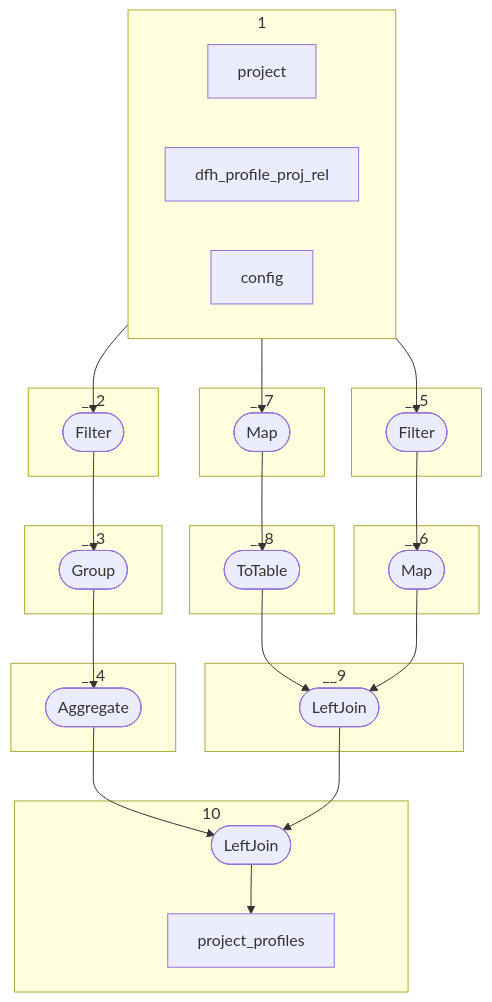
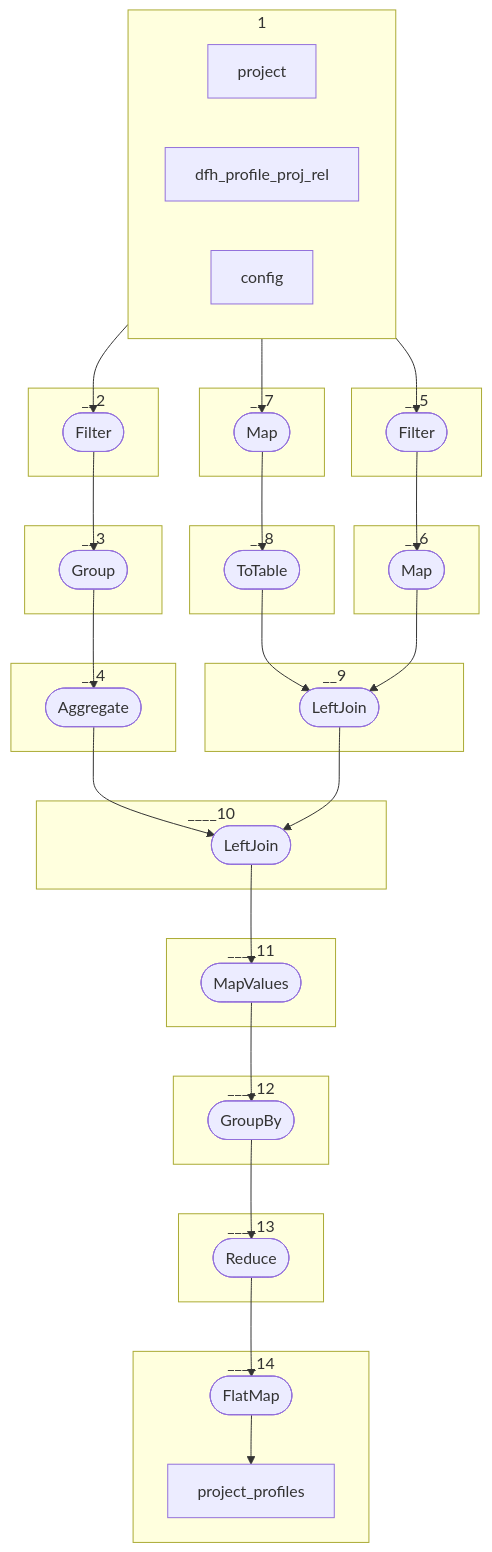
Before and after one commit to geovistory/toolbox-streams: the diagram in app/src/main/java/org/geovistory/toolbox/streams/app/ProjectProfilesTopology.md, drawn with Mermaid. The commit also changed other lines of this file and 16 other files, not shown here.

````diff
--- a/app/src/main/java/org/geovistory/toolbox/streams/app/ProjectProfilesTopology.md
+++ b/app/src/main/java/org/geovistory/toolbox/streams/app/ProjectProfilesTopology.md
@@ -3,51 +3,66 @@
 ```mermaid
 flowchart TD
     1a-->7a
     7a-->8a
     8a-->9a
     1c-->2a
     2a-->3a
     3a-->4a
     1b-->5a
     5a-->6a
     4a-->10a
     6a-->9a
     9a-->10a
-    10a-->10b
+    10a-->11a
+    11a-->12a
+    12a-->13a
+    13a-->14a
+    14a-->14b
     subgraph 1
         direction RL
         1a[project]
         1b[config]
         1c[dfh_profile_proj_rel]
     end
     subgraph __2
        2a([Filter])
     end
     subgraph __3
         3a([Group])
     end
     subgraph __4
         4a([Aggregate])
     end
 
     subgraph __5
        5a([Filter])
     end
     subgraph __6
        6a([Map])
     end
-    subgraph __9
-       9a([LeftJoin])
-    end
-    subgraph 10
-       10a([LeftJoin])
-       10b[project_profiles]
-    end
     subgraph __7
        7a([Map])
     end
     subgraph __8
        8a([ToTable])
     end
-
+    subgraph __9
+       9a([LeftJoin])
+    end
+    subgraph ____10
+       10a([LeftJoin])
+    end
+    subgraph ____11
+       11a([MapValues])
+    end
+    subgraph ____12
+       12a([GroupBy])
+    end
+    subgraph ____13
+       13a([Reduce])
+    end
+    subgraph ____14
+       14a([FlatMap])
+       14b[project_profiles]
+    end
 ```
````
